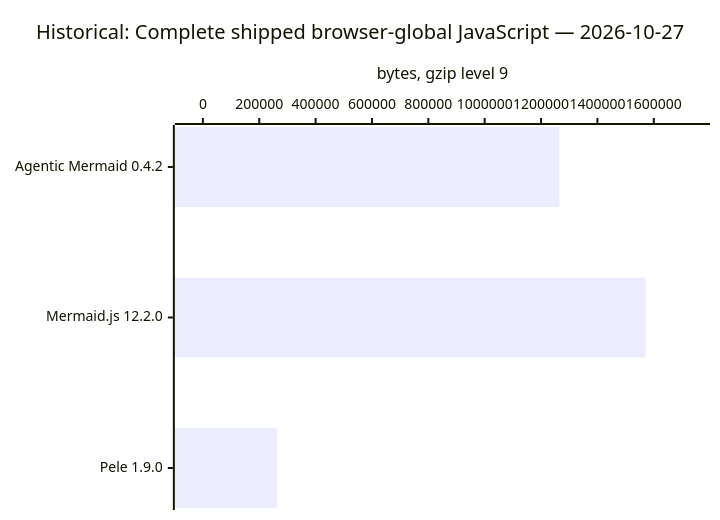
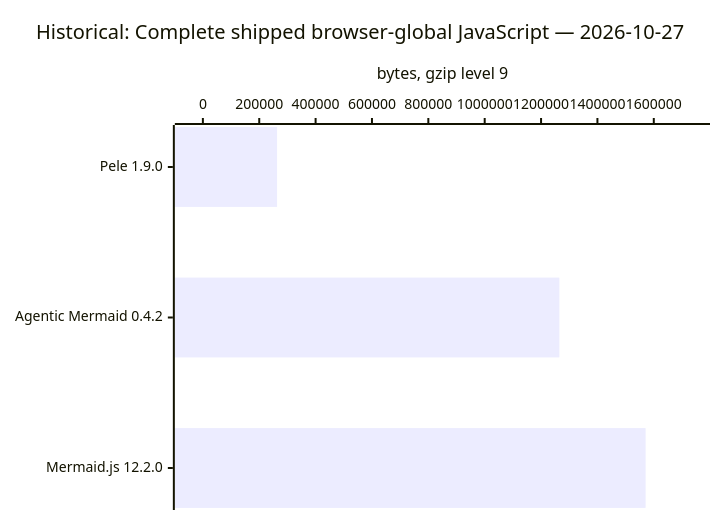
Before and after one commit to adewale/trident: the third of 4 diagrams in RESULTS.md, drawn with Mermaid. The commit also changed other lines of this file and 7 other files, not shown here.

````diff
--- a/RESULTS.md
+++ b/RESULTS.md
@@ -173,7 +177,7 @@
 ```mermaid
 xychart-beta horizontal
     title "Historical: Complete shipped browser-global JavaScript — 2026-10-27"
-    x-axis ["Agentic Mermaid 0.4.2", "Mermaid.js 12.2.0", "Pele 1.9.0"]
+    x-axis ["Pele 1.9.0", "Agentic Mermaid 0.4.2", "Mermaid.js 12.2.0"]
     y-axis "bytes, gzip level 9" 0 --> 1700000
-    bar [1264968, 1570966, 263250]
+    bar [263250, 1264968, 1570966]
 ```
````
